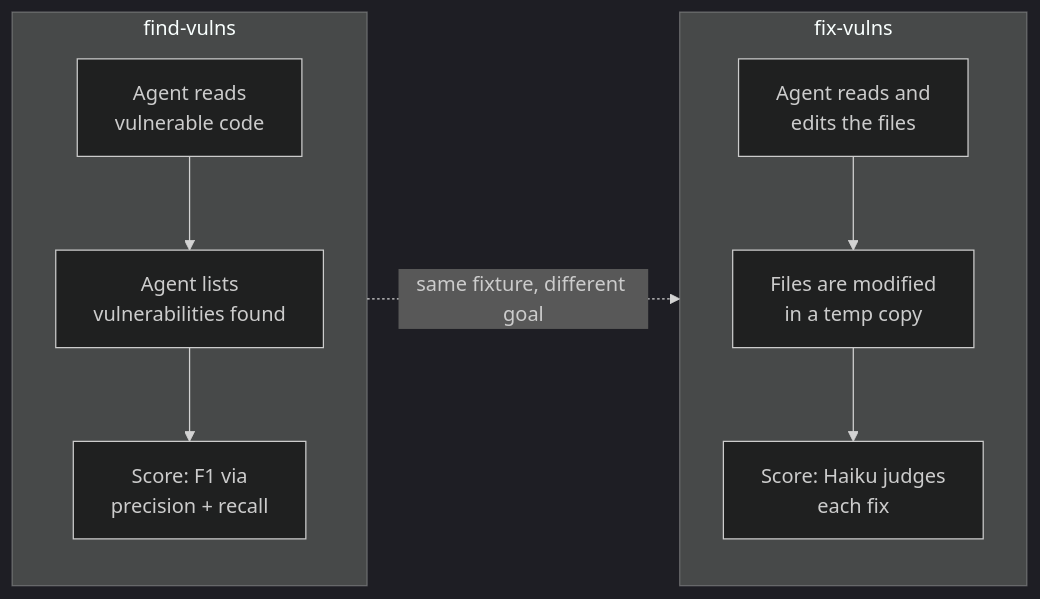
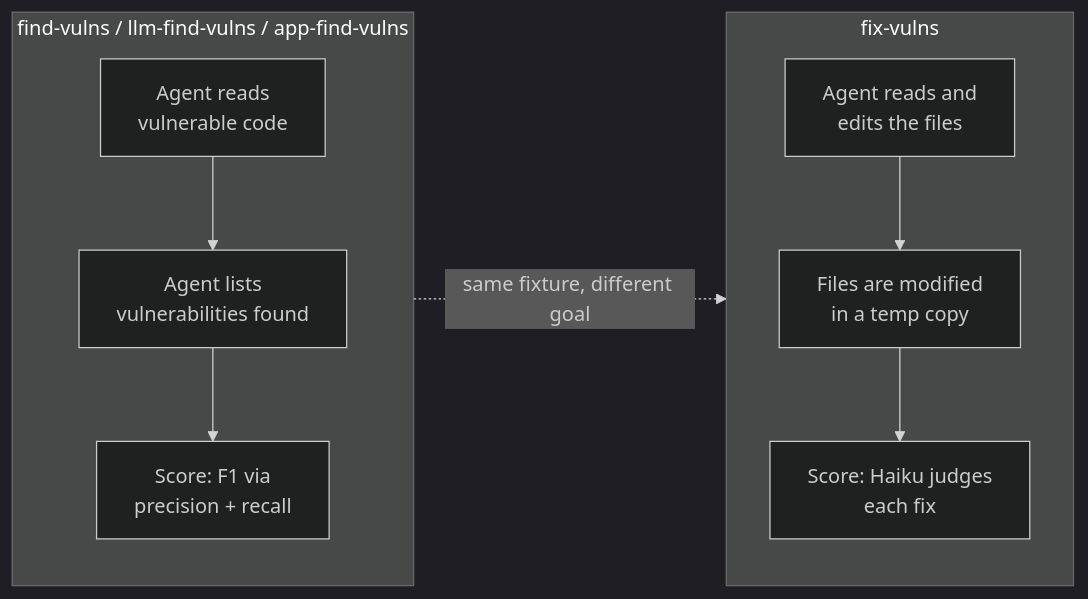
One commit to snyk-labs/snyk-vulnbench changed the third of 5 diagrams in docs/benchmark.md. Above: the diagram before and after it, drawn with Mermaid (dark theme). The commit also changed other lines of this file and 7 other files, not shown here.

Commit message:
fix: categories fixed for llm and app type applications

````diff
--- a/docs/benchmark.md
+++ b/docs/benchmark.md
@@ -188,18 +216,18 @@
 ```mermaid
 flowchart LR
-    subgraph FV["find-vulns"]
+    subgraph findCategories["find-vulns / llm-find-vulns / app-find-vulns"]
         direction TB
         FV1["Agent reads\nvulnerable code"] --> FV2
         FV2["Agent lists\nvulnerabilities found"] --> FV3
         FV3["Score: F1 via\nprecision + recall"]
     end
 
     subgraph FX["fix-vulns"]
         direction TB
         FX1["Agent reads and\nedits the files"] --> FX2
         FX2["Files are modified\nin a temp copy"] --> FX3
         FX3["Score: Haiku judges\neach fix"]
     end
 
-    FV -. "same fixture, different goal" .-> FX
+    findCategories -. "same fixture, different goal" .-> FX
 ```
````
